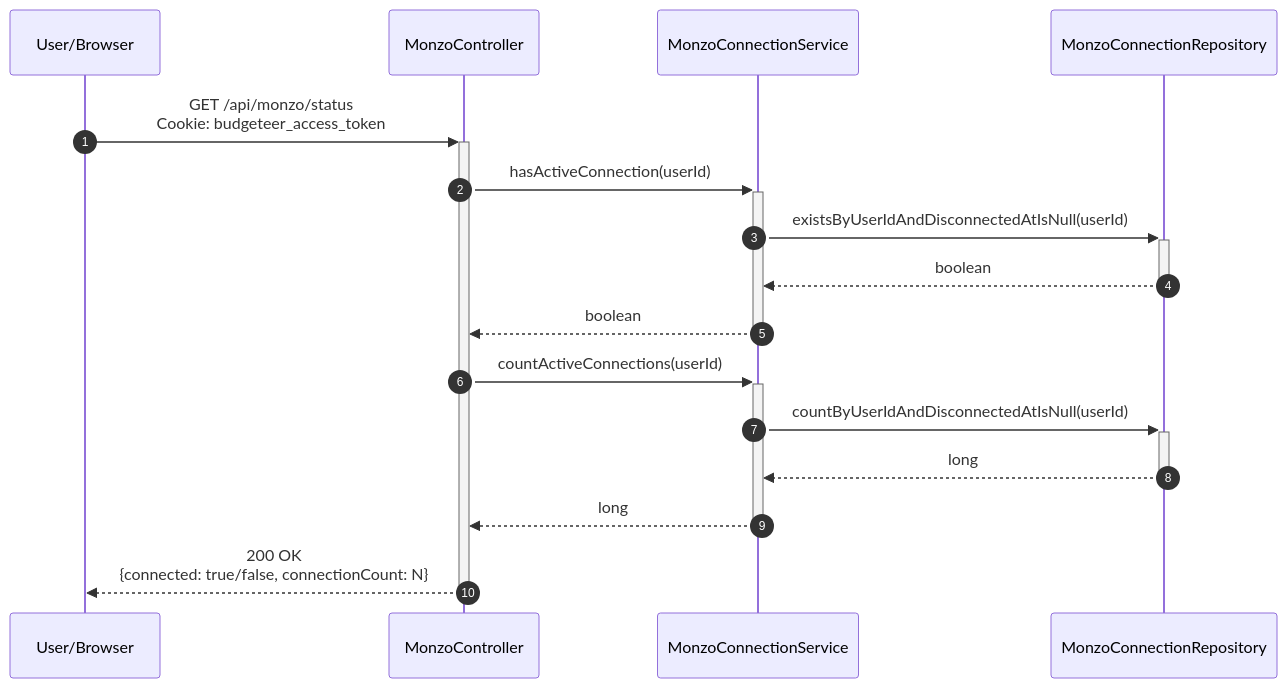
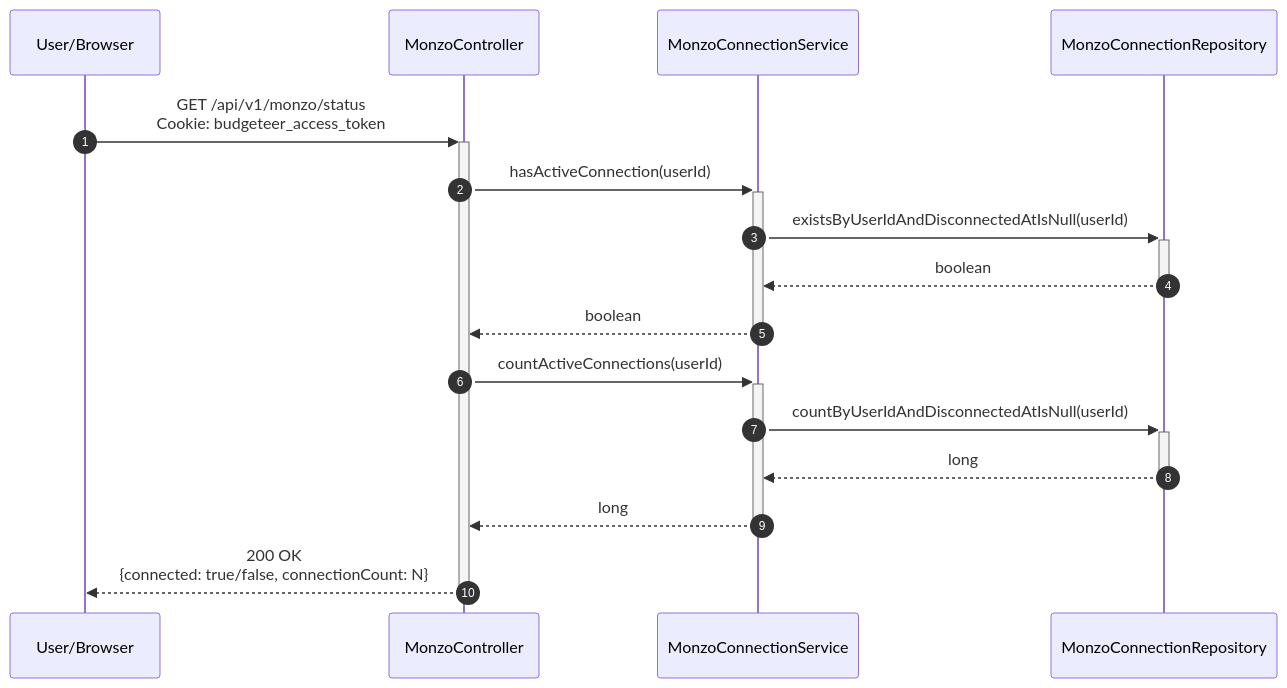
The tenth of 15 diagrams in docs/diagrams/monzo-oauth-flow.md (alexandermfisher/budgeteer), drawn with Mermaid before and after one commit. The commit also changed other lines of this file and 19 other files, not shown here.

````diff
--- a/docs/diagrams/monzo-oauth-flow.md
+++ b/docs/diagrams/monzo-oauth-flow.md
@@ -318,22 +318,22 @@
 ```mermaid
 sequenceDiagram
     autonumber
     participant U as User/Browser
     participant MC as MonzoController
     participant MCS as MonzoConnectionService
     participant MCR as MonzoConnectionRepository
 
-    U->>+MC: GET /api/monzo/status<br/>Cookie: budgeteer_access_token
+    U->>+MC: GET /api/v1/monzo/status<br/>Cookie: budgeteer_access_token
     
     MC->>+MCS: hasActiveConnection(userId)
     MCS->>+MCR: existsByUserIdAndDisconnectedAtIsNull(userId)
     MCR-->>-MCS: boolean
     MCS-->>-MC: boolean
     
     MC->>+MCS: countActiveConnections(userId)
     MCS->>+MCR: countByUserIdAndDisconnectedAtIsNull(userId)
     MCR-->>-MCS: long
     MCS-->>-MC: long
     
     MC-->>-U: 200 OK<br/>{connected: true/false, connectionCount: N}
 ```
````
